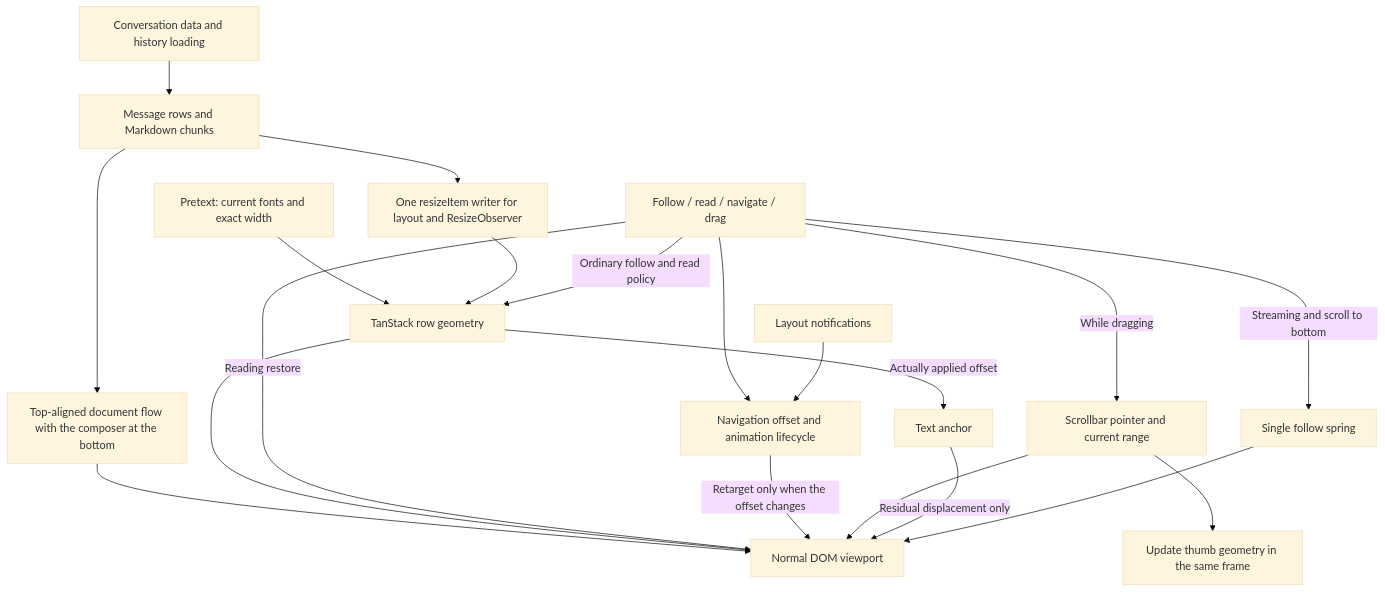
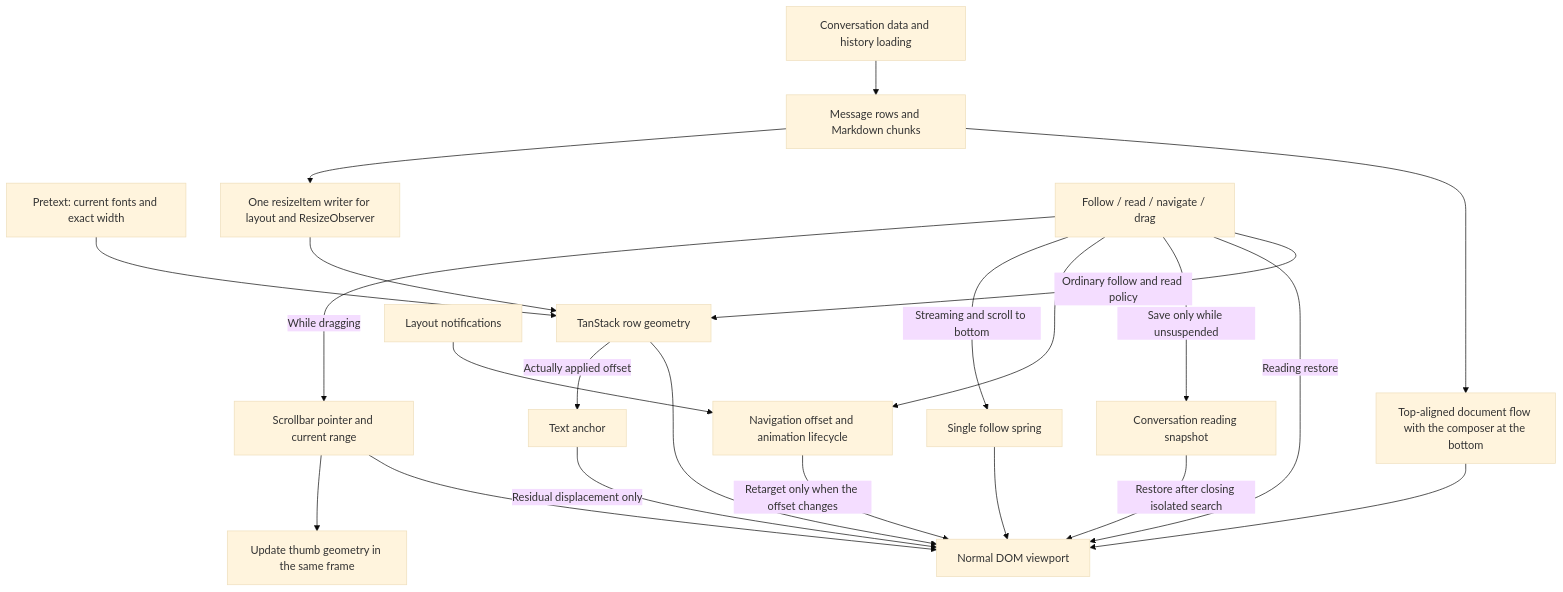
Before and after one commit to wecode-ai/Wegent: the diagram in docs/en/wegent/developer-guide/wework-message-scroll.md, drawn with Mermaid (base theme). The commit also changed other lines of this file and 3 other files, not shown here.

Commit message:
fix(wework): preserve conversation snapshots during isolated search

````diff
--- a/docs/en/wegent/developer-guide/wework-message-scroll.md
+++ b/docs/en/wegent/developer-guide/wework-message-scroll.md
@@ -9,22 +9,24 @@
 ```mermaid
 flowchart TD
   Messages[Conversation data and history loading] --> Rows[Message rows and Markdown chunks]
   Rows --> Flow[Top-aligned document flow with the composer at the bottom]
   Flow --> Viewport
   Pretext[Pretext: current fonts and exact width] --> Engine[TanStack row geometry]
   Rows --> Measure[One resizeItem writer for layout and ResizeObserver]
   Measure --> Engine
   Engine --> Viewport[Normal DOM viewport]
   Controller[Follow / read / navigate / drag] -->|Ordinary follow and read policy| Engine
   Controller -->|Reading restore| Viewport
+  Controller -->|Save only while unsuspended| Snapshot[Conversation reading snapshot]
+  Snapshot -->|Restore after closing isolated search| Viewport
   Controller --> Navigation[Navigation offset and animation lifecycle]
   Layout[Layout notifications] --> Navigation
   Navigation -->|Retarget only when the offset changes| Viewport
   Controller -->|Streaming and scroll to bottom| Spring[Single follow spring]
   Controller -->|While dragging| Pointer[Scrollbar pointer and current range]
   Pointer --> Viewport
   Pointer --> Thumb[Update thumb geometry in the same frame]
   Engine -->|Actually applied offset| TextAnchor[Text anchor]
   TextAnchor -->|Residual displacement only| Viewport
   Spring --> Viewport
 ```
````
